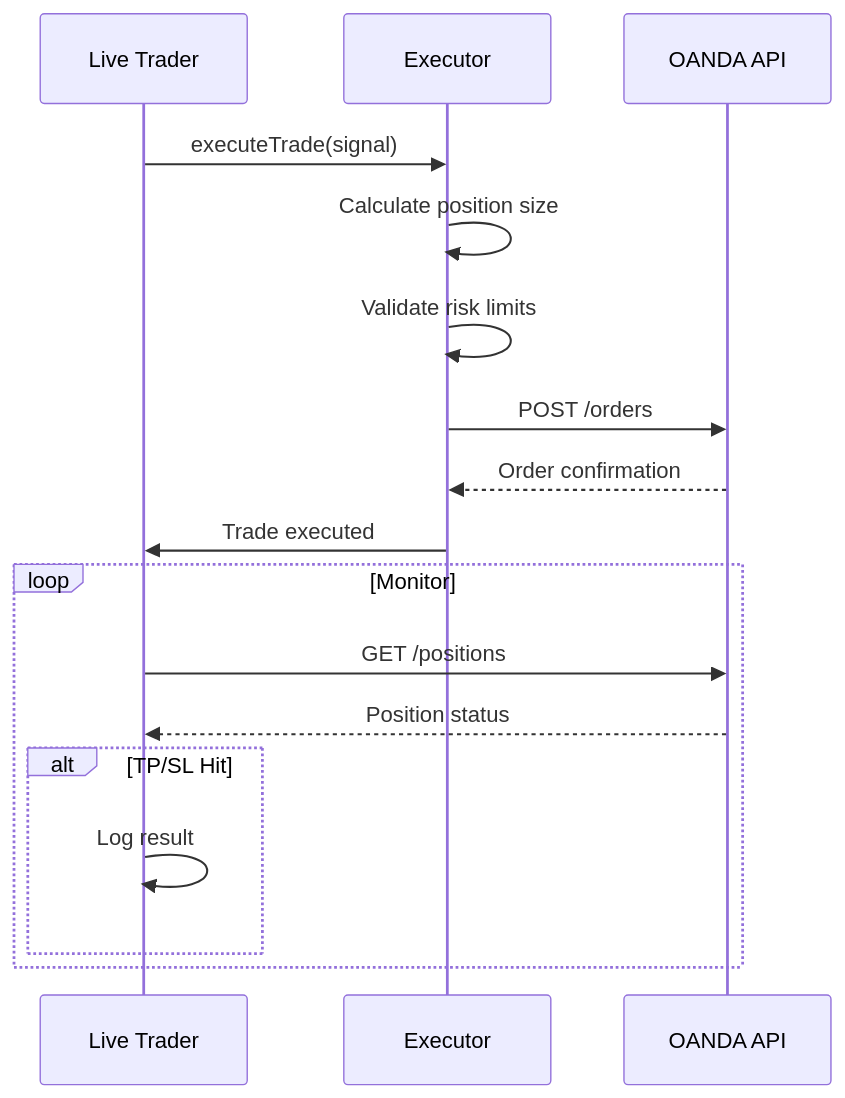
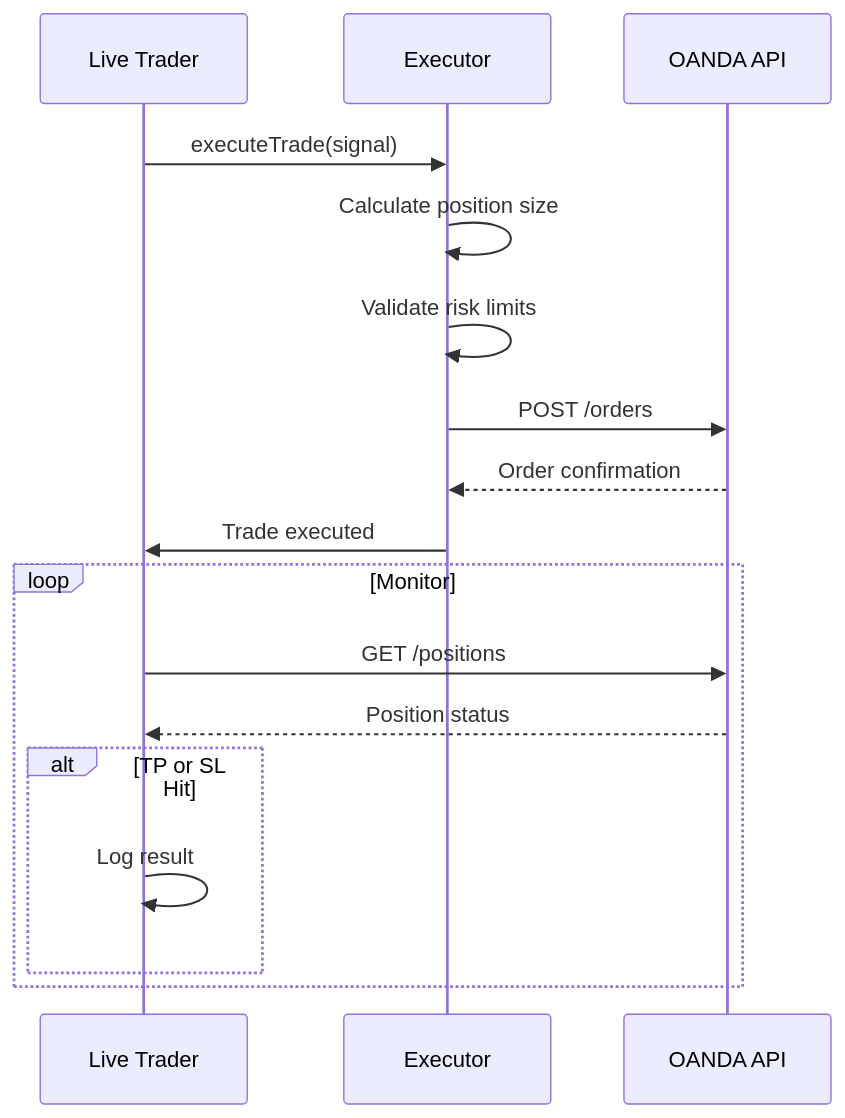
Before and after one commit to grodcas/tradebot: the first of 2 diagrams in docs/features/oanda-executor.md, drawn with Mermaid. The commit also changed other lines of this file and 3 other files, not shown here.

First line of the commit message:
Fix Mermaid syntax errors for v11.12.2 compatibility

````diff
--- a/docs/features/oanda-executor.md
+++ b/docs/features/oanda-executor.md
@@ -9,21 +9,21 @@
 ```mermaid
 sequenceDiagram
     participant LT as Live Trader
     participant EX as Executor
     participant API as OANDA API
 
     LT->>EX: executeTrade(signal)
     EX->>EX: Calculate position size
     EX->>EX: Validate risk limits
     EX->>API: POST /orders
     API-->>EX: Order confirmation
     EX->>LT: Trade executed
 
     loop Monitor
         LT->>API: GET /positions
         API-->>LT: Position status
-        alt TP/SL Hit
+        alt TP or SL Hit
             LT->>LT: Log result
         end
     end
 ```
````
